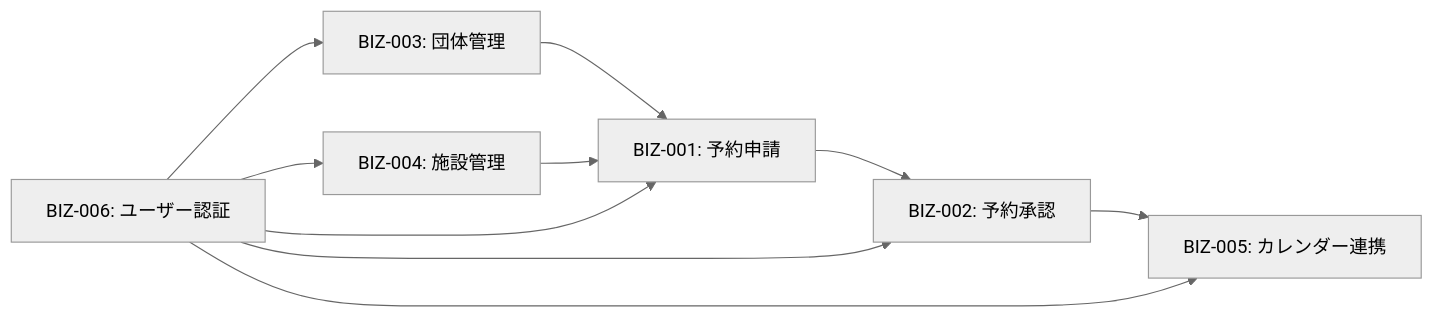
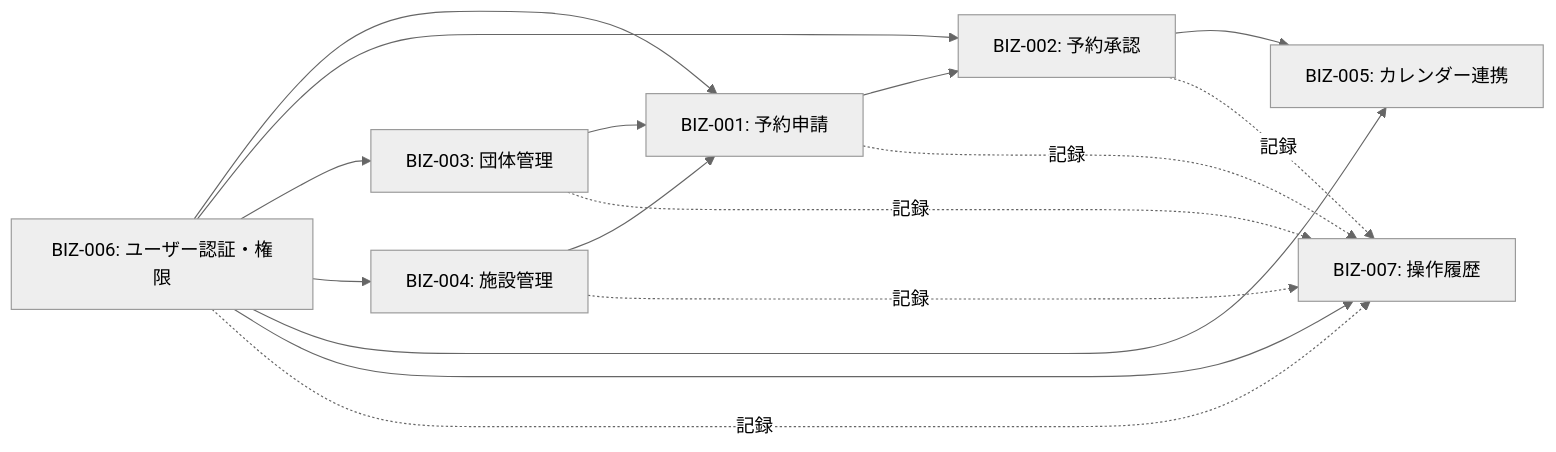
The second of 2 diagrams in rdra/overview.md (gdsc-osaka/iclub-reserve), drawn with Mermaid (neutral theme) before and after one commit. The commit also changed other lines of this file and 13 other files, not shown here.

````diff
--- a/rdra/overview.md
+++ b/rdra/overview.md
@@ -103,19 +113,26 @@
 ```mermaid
 graph LR
     BIZ001["BIZ-001: 予約申請"]
     BIZ002["BIZ-002: 予約承認"]
     BIZ003["BIZ-003: 団体管理"]
     BIZ004["BIZ-004: 施設管理"]
     BIZ005["BIZ-005: カレンダー連携"]
-    BIZ006["BIZ-006: ユーザー認証"]
+    BIZ006["BIZ-006: ユーザー認証・権限"]
+    BIZ007["BIZ-007: 操作履歴"]
 
     BIZ001 --> BIZ002
     BIZ002 --> BIZ005
     BIZ003 --> BIZ001
     BIZ004 --> BIZ001
     BIZ006 --> BIZ001
     BIZ006 --> BIZ002
     BIZ006 --> BIZ003
     BIZ006 --> BIZ004
     BIZ006 --> BIZ005
+    BIZ006 --> BIZ007
+    BIZ001 -. 記録 .-> BIZ007
+    BIZ002 -. 記録 .-> BIZ007
+    BIZ003 -. 記録 .-> BIZ007
+    BIZ004 -. 記録 .-> BIZ007
+    BIZ006 -. 記録 .-> BIZ007
 ```
````
